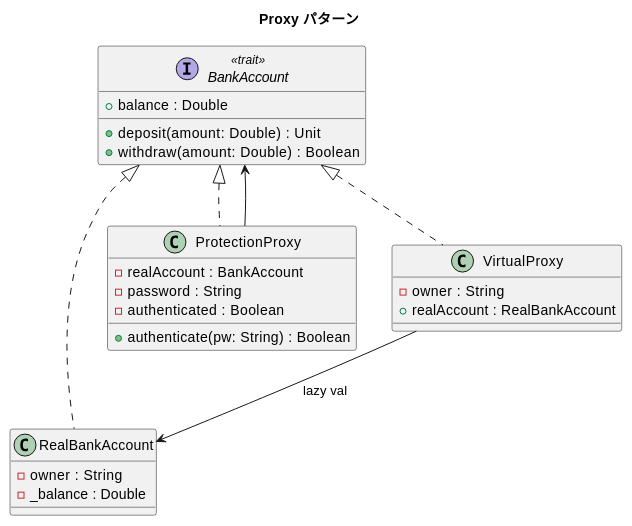
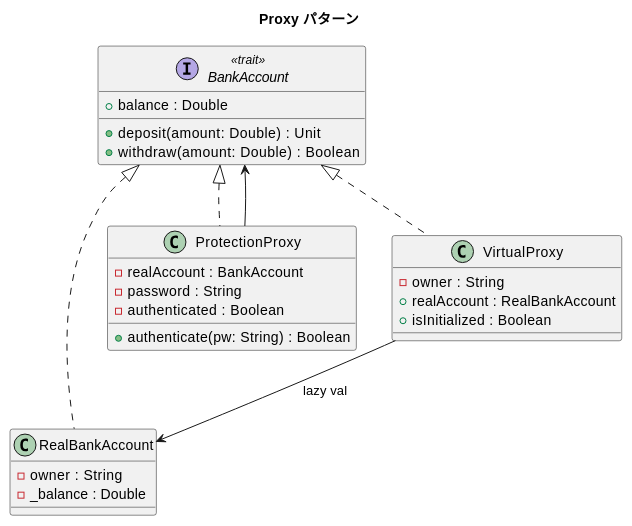
One commit to k2works/getting-started-design-pattern changed the diagram in docs/article/scala/11-proxy.md. Above: the diagram before and after it, drawn with PlantUML. The commit also changed other lines of this file and 6 other files, not shown here.

````diff
--- a/docs/article/scala/11-proxy.md
+++ b/docs/article/scala/11-proxy.md
@@ -13,34 +13,35 @@
 ```plantuml
 @startuml
 title Proxy パターン
 
 interface BankAccount <<trait>> {
   + deposit(amount: Double) : Unit
   + withdraw(amount: Double) : Boolean
   + balance : Double
 }
 
 class RealBankAccount {
   - owner : String
   - _balance : Double
 }
 
 class ProtectionProxy {
   - realAccount : BankAccount
   - password : String
   - authenticated : Boolean
   + authenticate(pw: String) : Boolean
 }
 
 class VirtualProxy {
   - owner : String
   + realAccount : RealBankAccount
+  + isInitialized : Boolean
 }
 
 BankAccount <|.. RealBankAccount
 BankAccount <|.. ProtectionProxy
 BankAccount <|.. VirtualProxy
 ProtectionProxy --> BankAccount
 VirtualProxy --> RealBankAccount : lazy val
 @enduml
 ```
````
